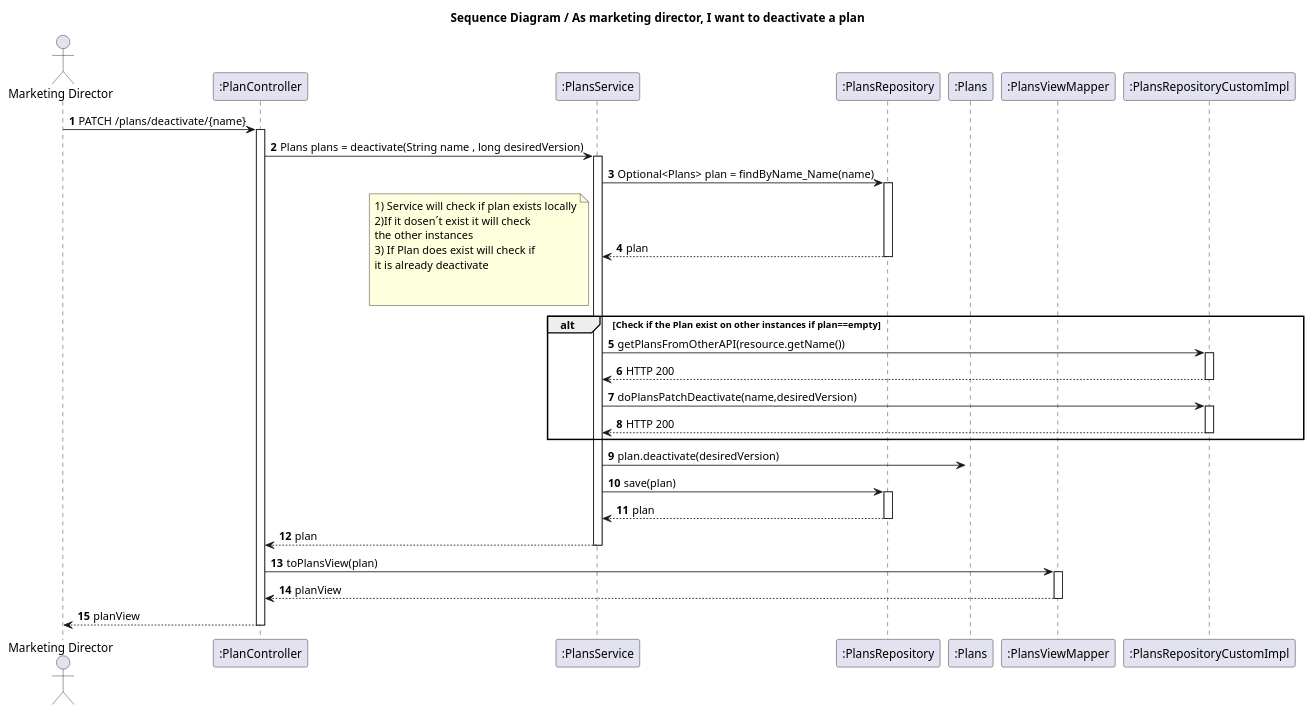
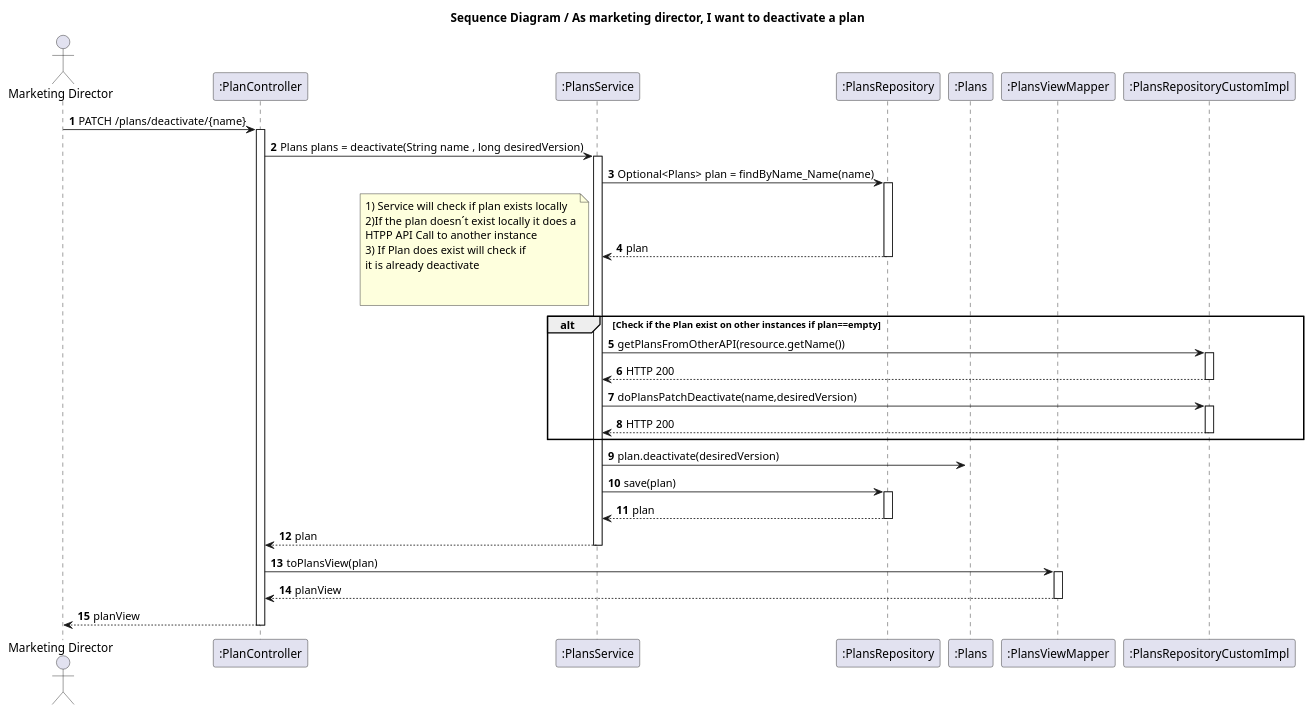
Before and after one commit to IsepMartimOliveira/SIDIS: the diagram in docs_sidis/Plans/WP#1A/US02/SD.puml, drawn with PlantUML. The commit also changed 5 other files, not shown here.

```diff
--- a/docs_sidis/Plans/WP#1A/US02/SD.puml
+++ b/docs_sidis/Plans/WP#1A/US02/SD.puml
@@ -1,51 +1,51 @@
 @startuml
 'https://plantuml.com/sequence-diagram
 autoactivate on
 autonumber
 title Sequence Diagram / As marketing director, I want to deactivate a plan
 
 autonumber
 
 actor "Marketing Director" as Ac
 participant ":PlanController" as Ctrl
 participant ":PlansService" as Serv
 participant ":PlansRepository" as Repo
 participant ":Plans" as Plans
 participant ":PlansViewMapper" as View
 participant ":PlansRepositoryCustomImpl" as RepoHTTP
 
 
 Ac -> Ctrl : PATCH /plans/deactivate/{name}
 Ctrl -> Serv :Plans plans = deactivate(String name , long desiredVersion)
 Serv -> Repo :Optional<Plans> plan = findByName_Name(name)
 Repo --> Serv : plan
 note left
 1) Service will check if plan exists locally
-2)If it dosen´t exist it will check
-the other instances
+2)If the plan doesn´t exist locally it does a
+HTPP API Call to another instance
 3) If Plan does exist will check if
 it is already deactivate
 
 
 end note
 alt Check if the Plan exist on other instances if plan==empty
 Serv->RepoHTTP:getPlansFromOtherAPI(resource.getName())
 RepoHTTP-->Serv: HTTP 200
 
 Serv->RepoHTTP:doPlansPatchDeactivate(name,desiredVersion)
 RepoHTTP-->Serv: HTTP 200
 end
 
 deactivate Plans
 Serv -> Plans: plan.deactivate(desiredVersion)
 
 
 Serv -> Repo: save(plan)
 Repo --> Serv: plan
 Serv --> Ctrl: plan
 Ctrl ->View: toPlansView(plan)
 View -->Ctrl: planView
 
 Ac <-- Ctrl : planView
 
 @enduml
```
